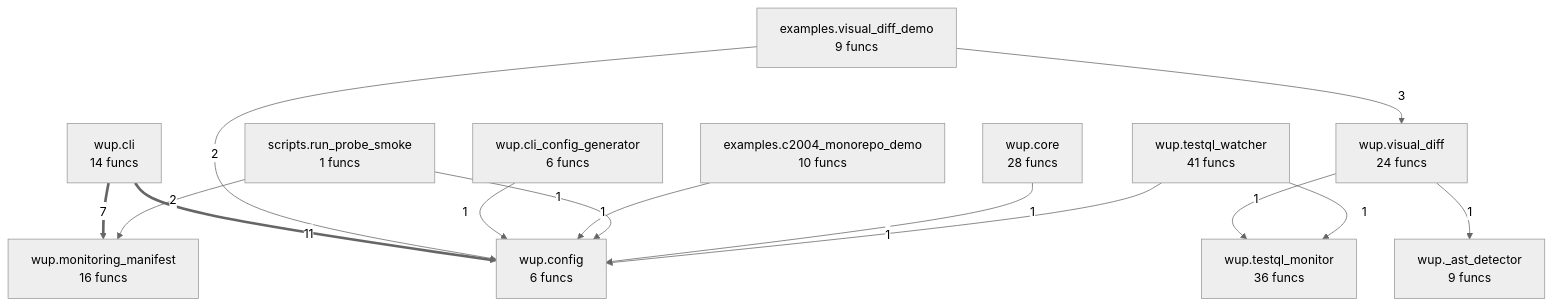
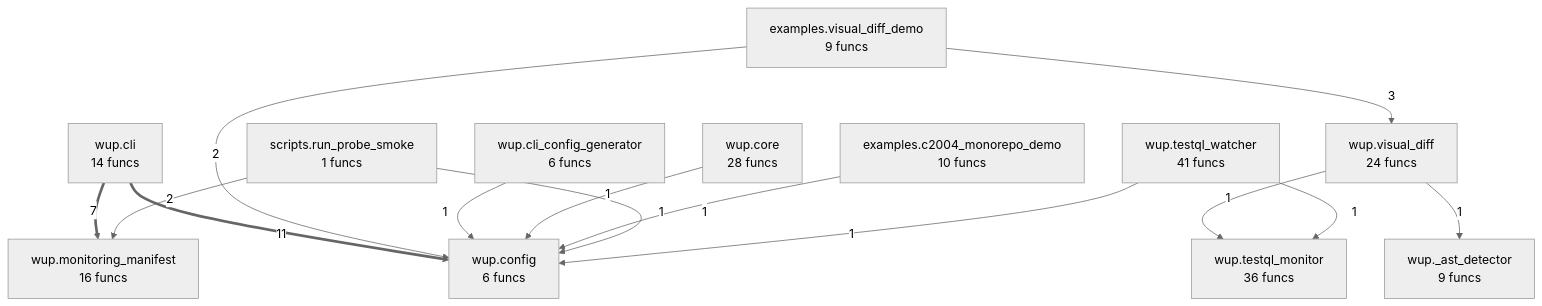
The diagram in project/compact_flow.mmd (semcod/wup), drawn with Mermaid (neutral theme) before and after one commit. The commit also changed other lines of this file and 143 other files, not shown here.

```diff
--- a/project/compact_flow.mmd
+++ b/project/compact_flow.mmd
@@ -1,27 +1,27 @@
 flowchart TD
 %% generated in 0.01s
     examples__c2004_monorepo_demo["examples.c2004_monorepo_demo<br/>10 funcs"]
     examples__visual_diff_demo["examples.visual_diff_demo<br/>9 funcs"]
     scripts__run_probe_smoke["scripts.run_probe_smoke<br/>1 funcs"]
     wup___ast_detector["wup._ast_detector<br/>9 funcs"]
     wup__cli["wup.cli<br/>14 funcs"]
     wup__cli_config_generator["wup.cli_config_generator<br/>6 funcs"]
     wup__config["wup.config<br/>6 funcs"]
     wup__core["wup.core<br/>28 funcs"]
     wup__monitoring_manifest["wup.monitoring_manifest<br/>16 funcs"]
     wup__testql_monitor["wup.testql_monitor<br/>36 funcs"]
     wup__testql_watcher["wup.testql_watcher<br/>41 funcs"]
     wup__visual_diff["wup.visual_diff<br/>24 funcs"]
     wup__cli ==>|11| wup__config
     wup__cli ==>|7| wup__monitoring_manifest
     examples__visual_diff_demo -->|3| wup__visual_diff
     examples__visual_diff_demo -->|2| wup__config
     scripts__run_probe_smoke -->|2| wup__monitoring_manifest
     wup__cli_config_generator -->|1| wup__config
+    wup__core -->|1| wup__config
     wup__visual_diff -->|1| wup__testql_monitor
     wup__visual_diff -->|1| wup___ast_detector
     examples__c2004_monorepo_demo -->|1| wup__config
     scripts__run_probe_smoke -->|1| wup__config
-    wup__core -->|1| wup__config
     wup__testql_watcher -->|1| wup__config
     wup__testql_watcher -->|1| wup__testql_monitor
```
